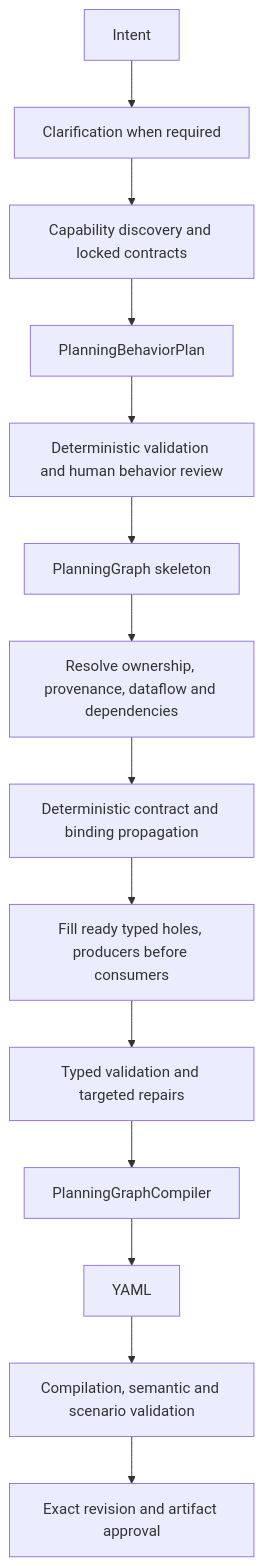
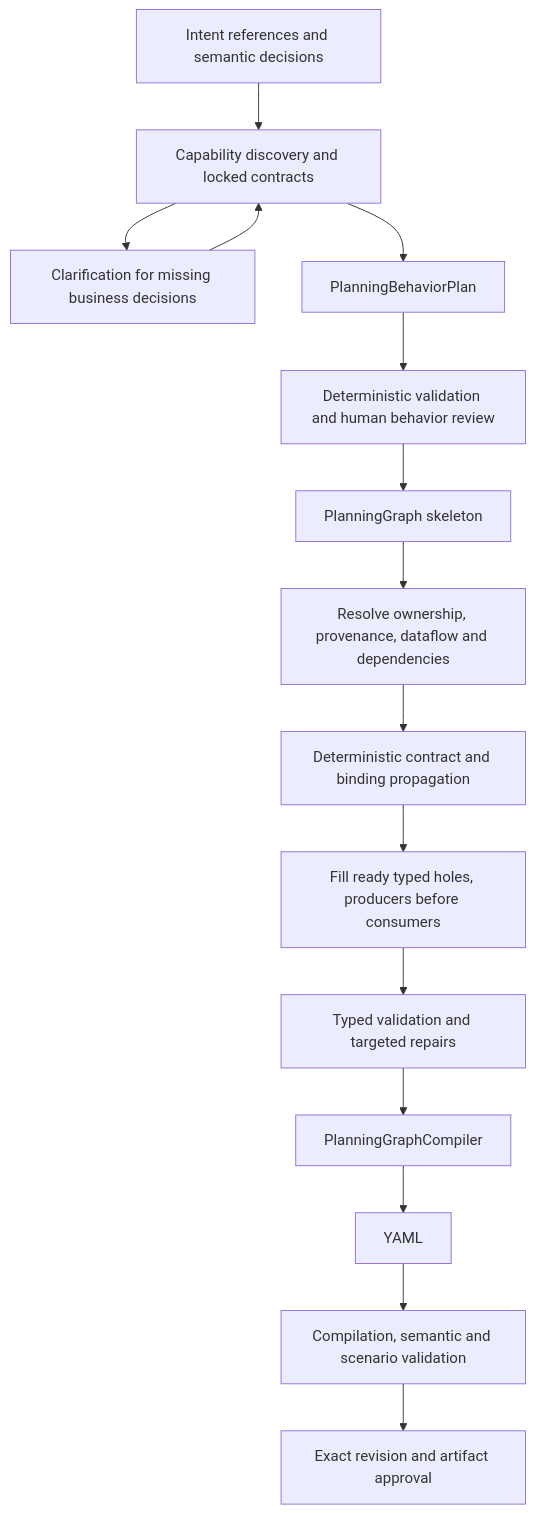
Before and after one commit to GnouGo/GnouGo: the diagram in docs/workflow-planning-v2.md, drawn with Mermaid. The commit also changed other lines of this file and 119 other files, not shown here.

````diff
--- a/docs/workflow-planning-v2.md
+++ b/docs/workflow-planning-v2.md
@@ -8,16 +8,17 @@
 ```mermaid
 flowchart TD
-  I[Intent] --> Q[Clarification when required]
-  Q --> C[Capability discovery and locked contracts]
+  I[Intent references and semantic decisions] --> C[Capability discovery and locked contracts]
+  C --> Q[Clarification for missing business decisions]
+  Q --> C
   C --> B[PlanningBehaviorPlan]
   B --> R[Deterministic validation and human behavior review]
   R --> G[PlanningGraph skeleton]
   G --> D[Resolve ownership, provenance, dataflow and dependencies]
   D --> H[Deterministic contract and binding propagation]
   H --> W[Fill ready typed holes, producers before consumers]
   W --> T[Typed validation and targeted repairs]
   T --> L[PlanningGraphCompiler]
   L --> Y[YAML]
   Y --> V[Compilation, semantic and scenario validation]
   V --> A[Exact revision and artifact approval]
 ```
````
